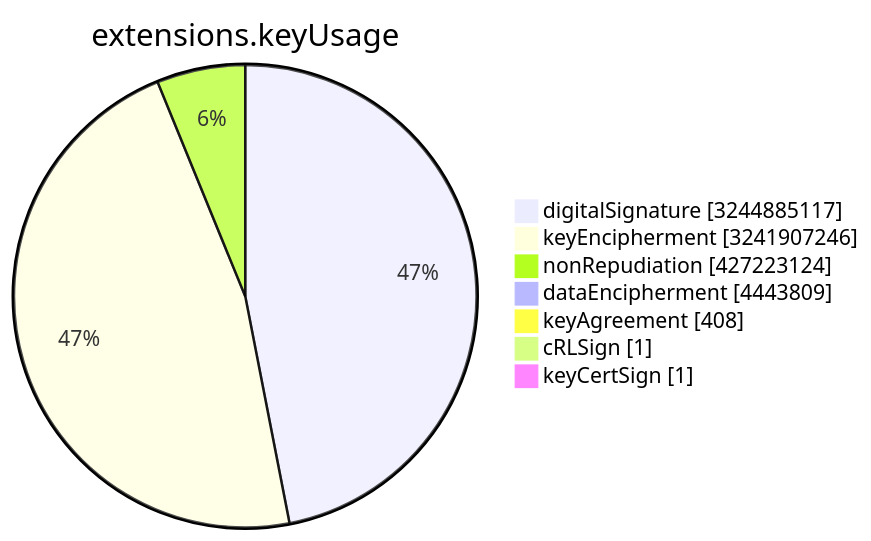
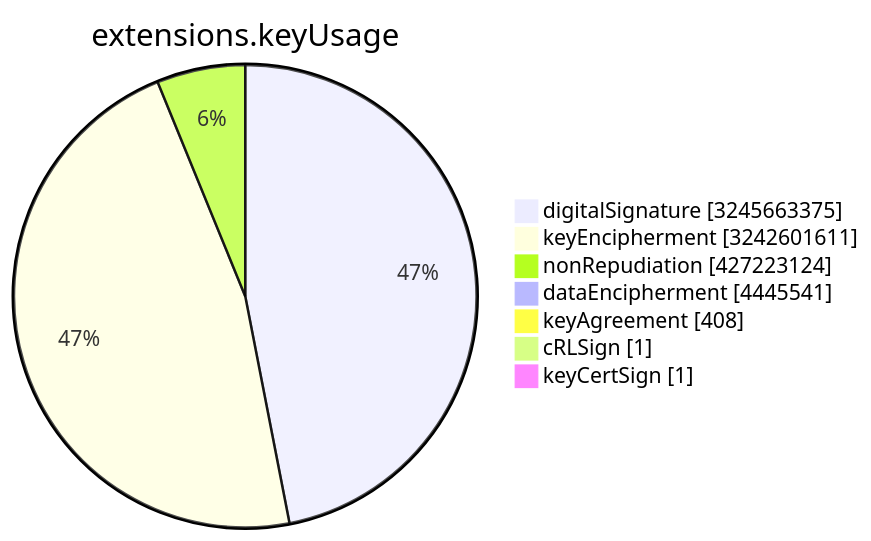
One commit to christiankrug/ctmonitor_visualization changed the sixth of 15 diagrams in TOTAL/README.md. Above: the diagram before and after it, drawn with Mermaid. The commit also changed other lines of this file, not shown here.

````diff
--- a/TOTAL/README.md
+++ b/TOTAL/README.md
@@ -3077,11 +3077,11 @@
 ```mermaid
 pie showData
 title extensions.keyUsage
-"digitalSignature" :3244885117
-"keyEncipherment" :3241907246
+"digitalSignature" :3245663375
+"keyEncipherment" :3242601611
 "nonRepudiation" :427223124
-"dataEncipherment" :4443809
+"dataEncipherment" :4445541
 "keyAgreement" :408
 "cRLSign" :1
 "keyCertSign" :1
 ```
````
